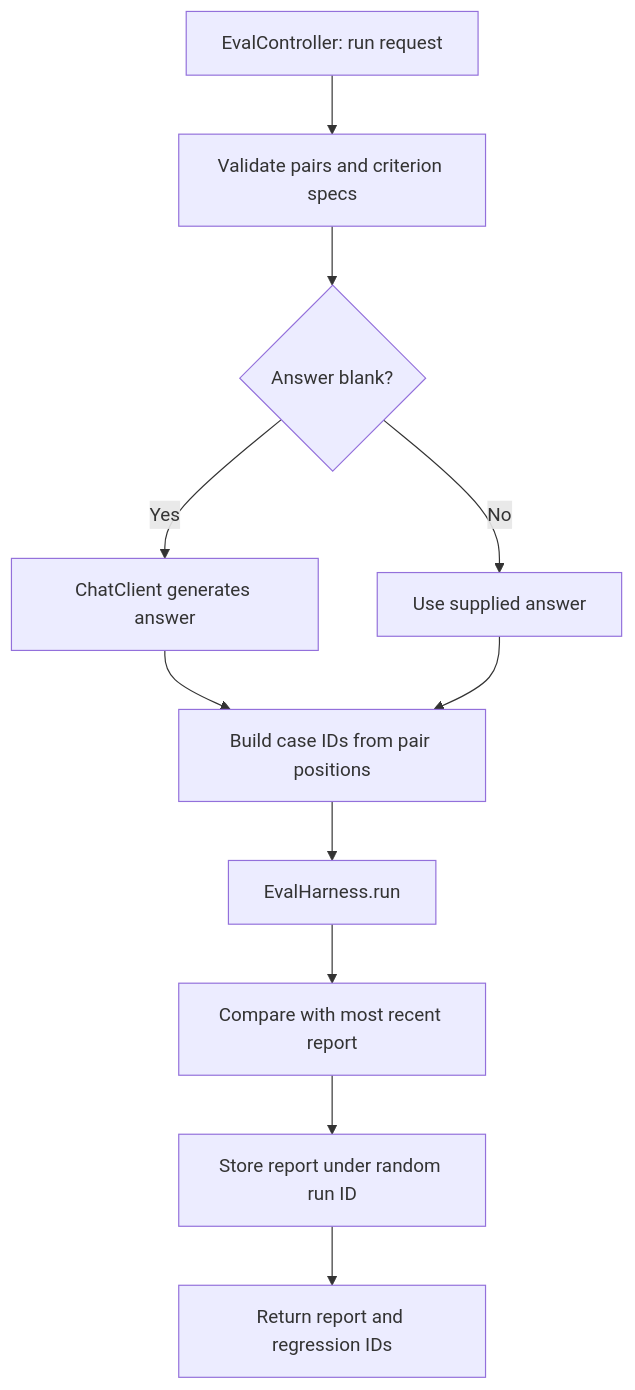
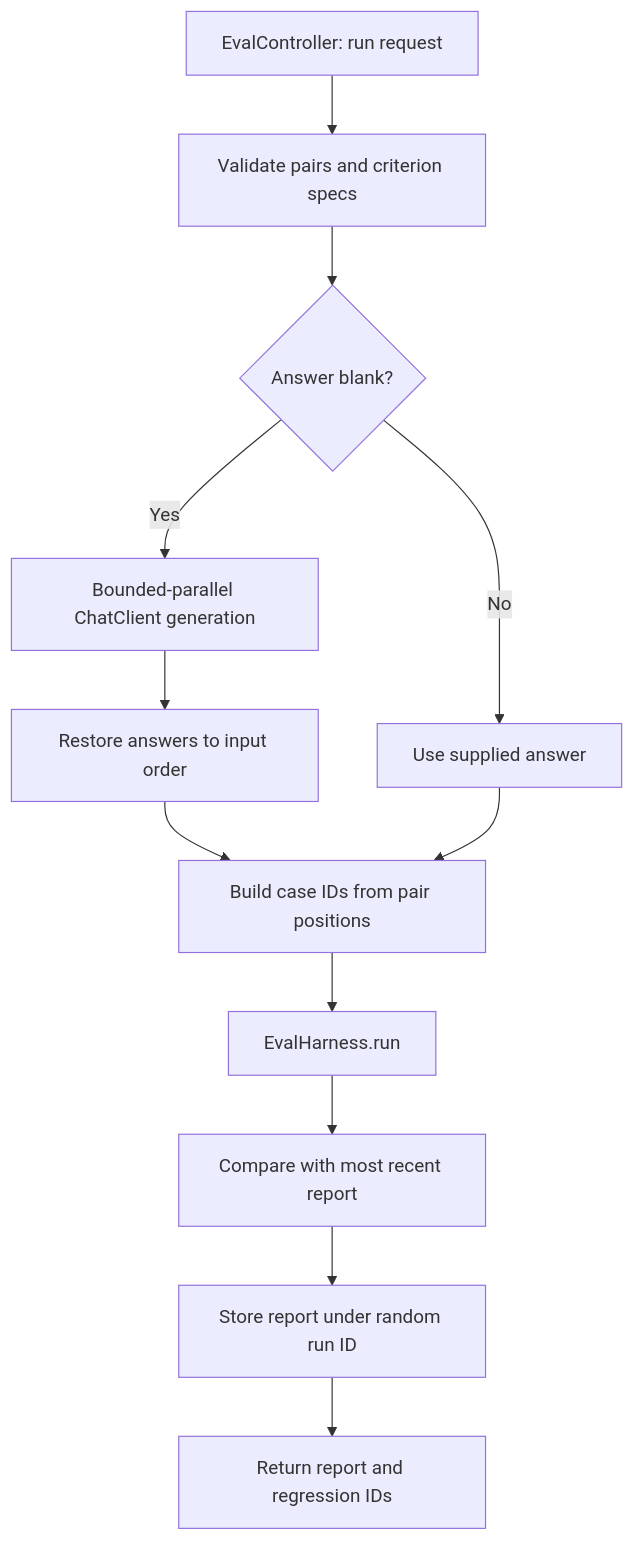
One commit to prasadgaikwad/spring-ai-apps changed the diagram in ai-eval/README.md. Above: the diagram before and after it, drawn with Mermaid. The commit also changed other lines of this file and 32 other files, not shown here.

````diff
--- a/ai-eval/README.md
+++ b/ai-eval/README.md
@@ -34,13 +34,14 @@
 ```mermaid
 flowchart TD
     R[EvalController: run request] --> V[Validate pairs and criterion specs]
     V --> B{Answer blank?}
-    B -->|Yes| G[ChatClient generates answer]
+    B -->|Yes| G[Bounded-parallel ChatClient generation]
     B -->|No| P[Use supplied answer]
-    G --> C[Build case IDs from pair positions]
+    G --> O1[Restore answers to input order]
+    O1 --> C[Build case IDs from pair positions]
     P --> C
     C --> H[EvalHarness.run]
     H --> D[Compare with most recent report]
     D --> S[Store report under random run ID]
     S --> O[Return report and regression IDs]
 ```
````
